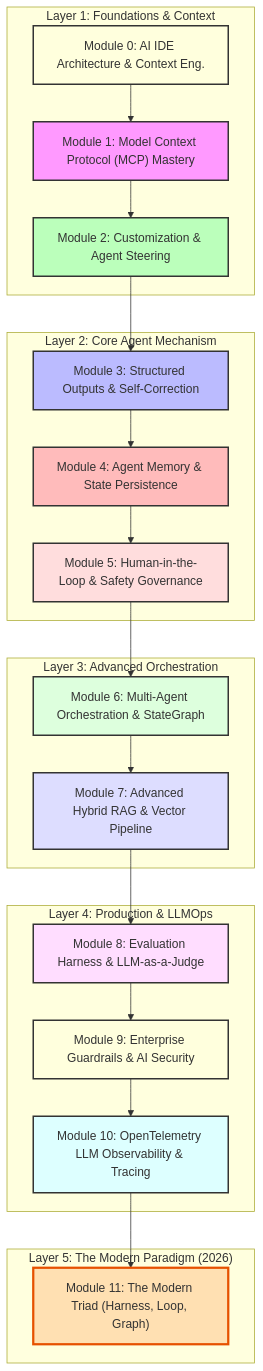
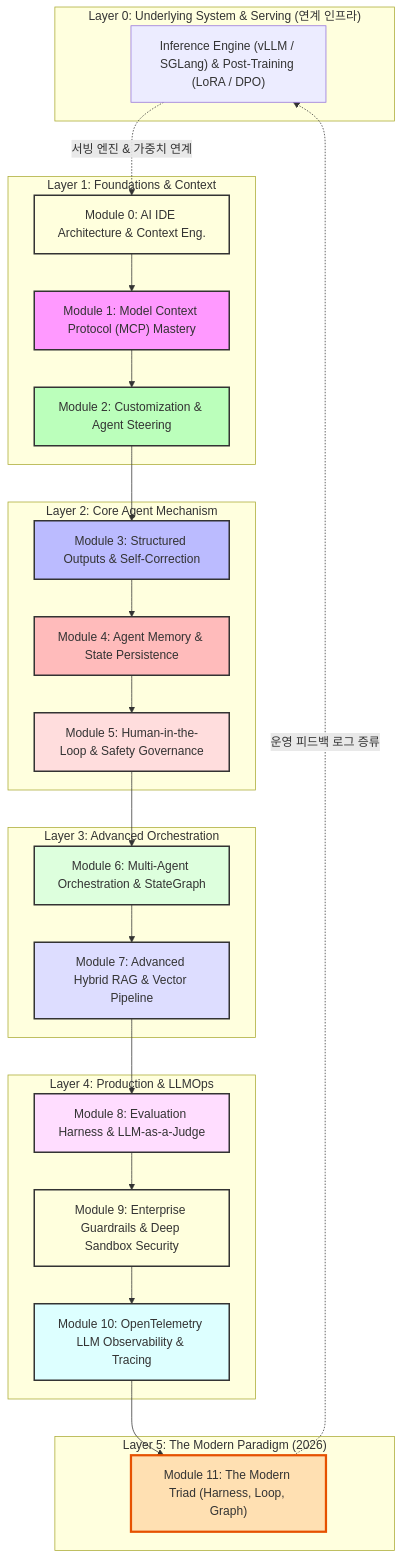
The diagram in curriculum.md (eooiea/AI-Engineering), drawn with Mermaid before and after one commit. The commit also changed other lines of this file and 10 other files, not shown here.

````diff
--- a/curriculum.md
+++ b/curriculum.md
@@ -9,44 +14,51 @@
 ```mermaid
 graph TD
+    subgraph "Layer 0: Underlying System & Serving (연계 인프라)"
+        L0["Inference Engine (vLLM / SGLang) & Post-Training (LoRA / DPO)"]
+    end
+
     subgraph "Layer 1: Foundations & Context"
         M0["Module 0: AI IDE Architecture & Context Eng."]
         M1["Module 1: Model Context Protocol (MCP) Mastery"]
         M2["Module 2: Customization & Agent Steering"]
     end
     
     subgraph "Layer 2: Core Agent Mechanism"
         M3["Module 3: Structured Outputs & Self-Correction"]
         M4["Module 4: Agent Memory & State Persistence"]
         M5["Module 5: Human-in-the-Loop & Safety Governance"]
     end
     
     subgraph "Layer 3: Advanced Orchestration"
         M6["Module 6: Multi-Agent Orchestration & StateGraph"]
         M7["Module 7: Advanced Hybrid RAG & Vector Pipeline"]
     end
     
     subgraph "Layer 4: Production & LLMOps"
         M8["Module 8: Evaluation Harness & LLM-as-a-Judge"]
-        M9["Module 9: Enterprise Guardrails & AI Security"]
+        M9["Module 9: Enterprise Guardrails & Deep Sandbox Security"]
         M10["Module 10: OpenTelemetry LLM Observability & Tracing"]
     end
 
     subgraph "Layer 5: The Modern Paradigm (2026)"
         M11["Module 11: The Modern Triad (Harness, Loop, Graph)"]
     end
 
+    L0 -.->|서빙 엔진 & 가중치 연계| M0
     M0 --> M1 --> M2 --> M3 --> M4 --> M5 --> M6 --> M7 --> M8 --> M9 --> M10 --> M11
+    M11 -.->|운영 피드백 로그 증류| L0
+
     
     style M0 fill:#ffd,stroke:#333,stroke-width:2px
     style M1 fill:#f9f,stroke:#333,stroke-width:2px
     style M2 fill:#bfb,stroke:#333,stroke-width:2px
     style M3 fill:#bbf,stroke:#333,stroke-width:2px
     style M4 fill:#fbb,stroke:#333,stroke-width:2px
     style M5 fill:#fdd,stroke:#333,stroke-width:2px
     style M6 fill:#dfd,stroke:#333,stroke-width:2px
     style M7 fill:#ddf,stroke:#333,stroke-width:2px
     style M8 fill:#fdf,stroke:#333,stroke-width:2px
     style M9 fill:#ffd,stroke:#333,stroke-width:2px
     style M10 fill:#dff,stroke:#333,stroke-width:2px
     style M11 fill:#ffe0b2,stroke:#e65100,stroke-width:3px
 ```
````
